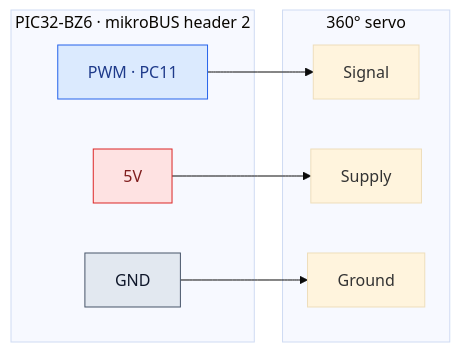
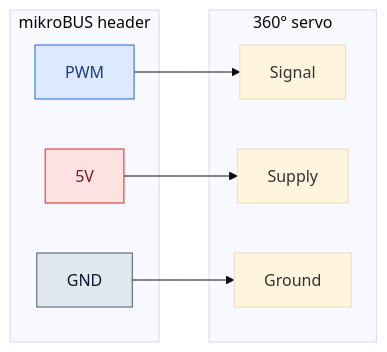
The first of 4 diagrams in README.md (MicrochipTech/Bluetooth_LE_360_Servo_Motor_Control), drawn with Mermaid (base theme) before and after one commit. The commit also changed other lines of this file and 3 other files, not shown here.

````diff
--- a/README.md
+++ b/README.md
@@ -167,19 +148,19 @@
 ```mermaid
 flowchart LR
-    subgraph H["PIC32-BZ6 · mikroBUS header 2"]
-        P["PWM · PC11"]
+    subgraph H["mikroBUS header"]
+        P["PWM"]
         V["5V"]
         G["GND"]
     end
     subgraph S["360° servo"]
         SP["Signal"]
         SV["Supply"]
         SG["Ground"]
     end
     P --> SP
     V --> SV
     G --> SG
     style P fill:#dbeafe,stroke:#2563eb,color:#1e3a8a
     style V fill:#fee2e2,stroke:#dc2626,color:#7f1d1d
     style G fill:#e2e8f0,stroke:#475569,color:#0f172a
 ```
````
